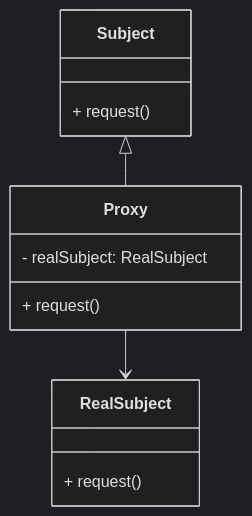
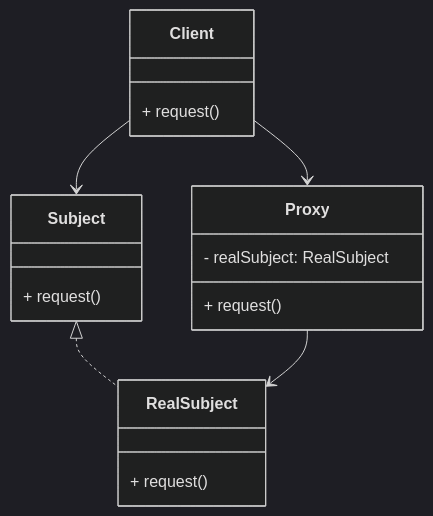
One commit to skynoid2612/design-patterns-for-clean-architecture changed the diagram in md/design_pattern_Proxy.md. Above: the diagram before and after it, drawn with Mermaid (dark theme). The commit also changed other lines of this file and 23 other files, not shown here.

````diff
--- a/md/design_pattern_Proxy.md
+++ b/md/design_pattern_Proxy.md
@@ -40,15 +44,20 @@
 ```mermaid
 classDiagram
+  class Client {
+    + request()
+  }
   class Subject {
     + request()
   }
   class RealSubject {
     + request()
   }
   class Proxy {
     - realSubject: RealSubject
     + request()
   }
-  Subject <|-- Proxy
+  Client --> Subject
+  Subject <|.. RealSubject
+  Client --> Proxy
   Proxy --> RealSubject
 ```
````
